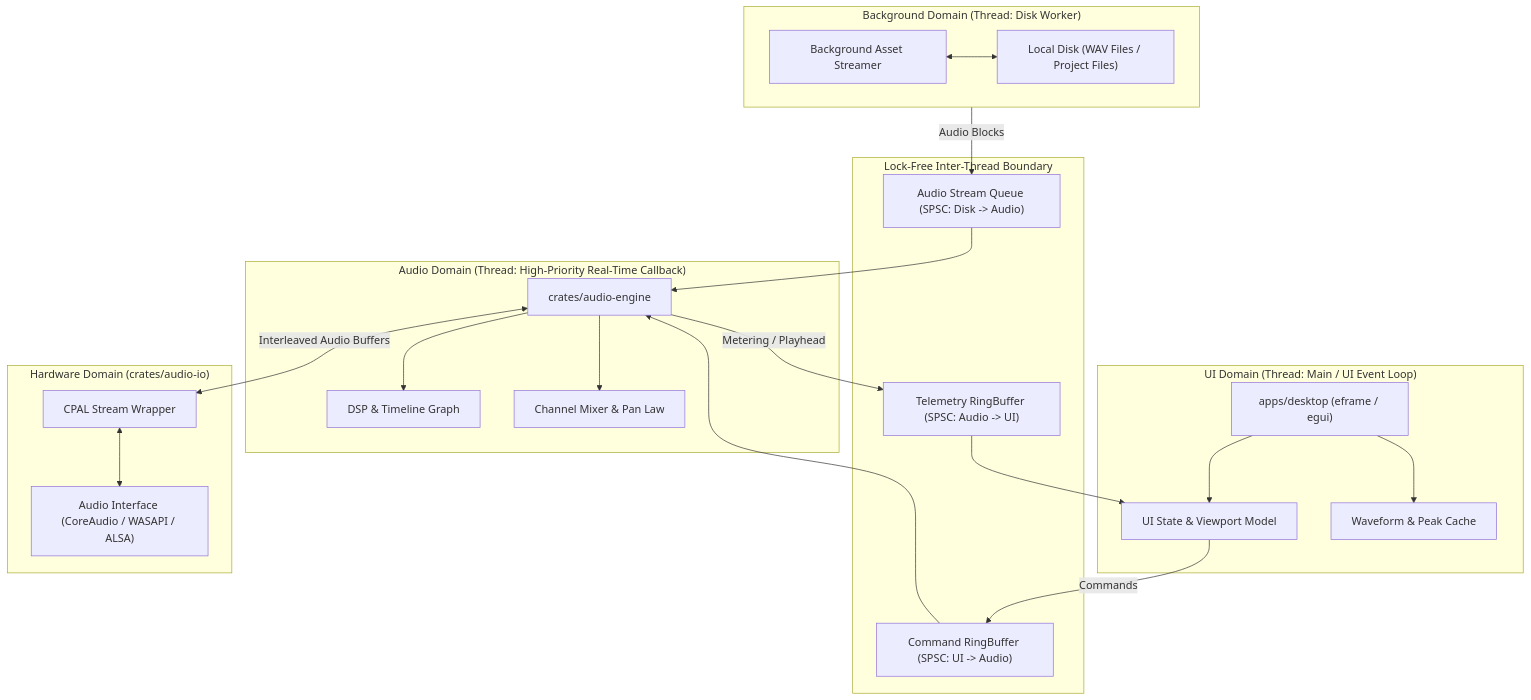
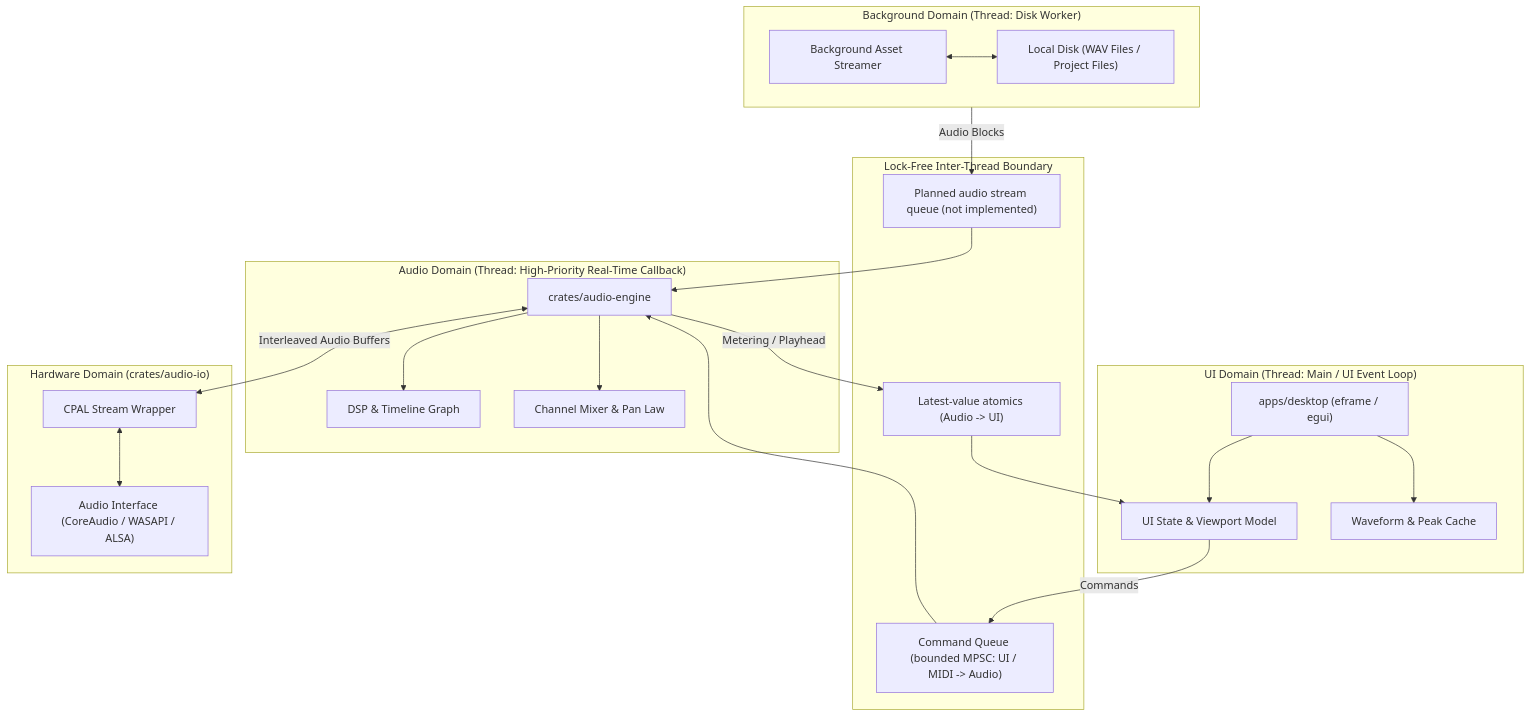
One commit to Akagami-7/Esperia changed the first of 3 diagrams in docs/architecture/ARCHITECTURE.md. Above: the diagram before and after it, drawn with Mermaid. The commit also changed other lines of this file and 39 other files, not shown here.

````diff
--- a/docs/architecture/ARCHITECTURE.md
+++ b/docs/architecture/ARCHITECTURE.md
@@ -13,41 +13,41 @@
 ```mermaid
 flowchart TB
     subgraph UI_Domain["UI Domain (Thread: Main / UI Event Loop)"]
         UI["apps/desktop (eframe / egui)"]
         ViewState["UI State & Viewport Model"]
         WaveformRenderer["Waveform & Peak Cache"]
         UI --> ViewState
         UI --> WaveformRenderer
     end
 
     subgraph IPC["Lock-Free Inter-Thread Boundary"]
-        CmdQueue["Command RingBuffer (SPSC: UI -> Audio)"]
-        MeterQueue["Telemetry RingBuffer (SPSC: Audio -> UI)"]
-        DiskQueue["Audio Stream Queue (SPSC: Disk -> Audio)"]
+        CmdQueue["Command Queue (bounded MPSC: UI / MIDI -> Audio)"]
+        MeterQueue["Latest-value atomics (Audio -> UI)"]
+        DiskQueue["Planned audio stream queue (not implemented)"]
     end
 
     subgraph Engine_Domain["Audio Domain (Thread: High-Priority Real-Time Callback)"]
         Engine["crates/audio-engine"]
         DSPGraph["DSP & Timeline Graph"]
         Mixer["Channel Mixer & Pan Law"]
         Engine --> DSPGraph
         Engine --> Mixer
     end
 
     subgraph IO_Domain["Hardware Domain (crates/audio-io)"]
         CPAL["CPAL Stream Wrapper"]
         Device["Audio Interface (CoreAudio / WASAPI / ALSA)"]
         CPAL <--> Device
     end
 
     subgraph Storage_Domain["Background Domain (Thread: Disk Worker)"]
         DiskWorker["Background Asset Streamer"]
         Storage["Local Disk (WAV Files / Project Files)"]
         DiskWorker <--> Storage
     end
 
     ViewState -- Commands --> CmdQueue --> Engine
     Engine -- Metering / Playhead --> MeterQueue --> ViewState
     Storage_Domain -- Audio Blocks --> DiskQueue --> Engine
     Engine <-->|Interleaved Audio Buffers| CPAL
 ```
````
